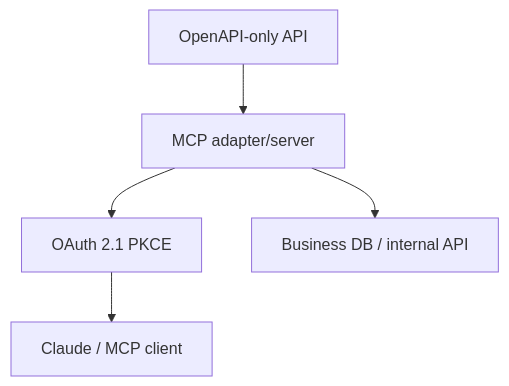
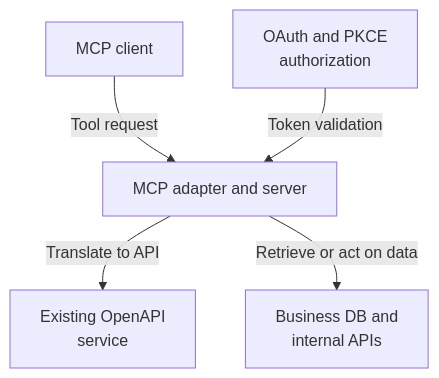
Before and after one commit to daylight55/research: the third of 4 diagrams in articles/report/oauth21-pkce-mcp-auth/en/index.mdx, drawn with Mermaid. The commit also changed other lines of this file and 181 other files, not shown here.

First line of the commit message:
全記事の図解368点を再生成し、共通注意書きを削除 (#402)

````diff
--- a/articles/report/oauth21-pkce-mcp-auth/en/index.mdx
+++ b/articles/report/oauth21-pkce-mcp-auth/en/index.mdx
@@ -166,7 +173,14 @@
 ```mermaid
 flowchart TD
-  A["OpenAPI-only API"] --> B["MCP adapter/server"]
-  B --> C["OAuth 2.1 PKCE"]
-  C --> D["Claude / MCP client"]
-  B --> E["Business DB / internal API"]
+  accTitle: Expose an existing OpenAPI service through an MCP adapter
+  accDescr: The client connects to an adapter that calls the existing API. Authorization is a gate, not a later sequential API step.
+  N0["MCP client"]
+  N1["MCP adapter and server"]
+  N2["Existing OpenAPI<br/>service"]
+  N3["Business DB and<br/>internal APIs"]
+  N4["OAuth and PKCE<br/>authorization"]
+  N0 -->|Tool request| N1
+  N4 -->|Token validation| N1
+  N1 -->|Translate to API| N2
+  N1 -->|Retrieve or act on data| N3
 ```
````
